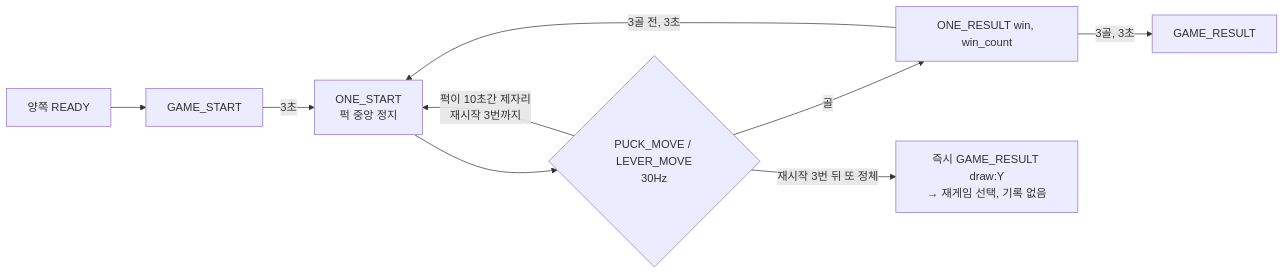
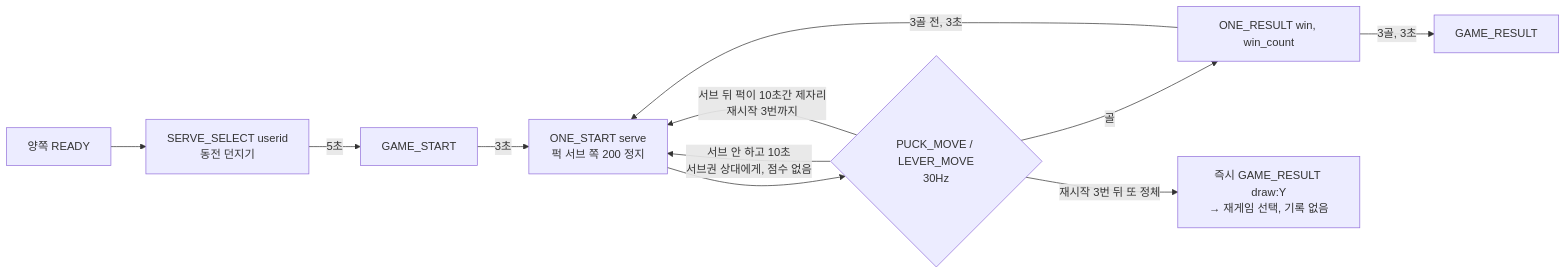
The sixth of 11 diagrams in CLAUDE.md (chadolcap/multi_game_vibe_coding_server_ruflo), drawn with Mermaid before and after one commit. The commit also changed other lines of this file and 7 other files, not shown here.

````diff
--- a/CLAUDE.md
+++ b/CLAUDE.md
@@ -283,11 +303,13 @@
 ```mermaid
 flowchart LR
-    RD[양쪽 READY] --> GS[GAME_START]
-    GS -->|3초| OS[ONE_START<br/>퍽 중앙 정지]
+    RD[양쪽 READY] --> SS[SERVE_SELECT userid<br/>동전 던지기]
+    SS -->|5초| GS[GAME_START]
+    GS -->|3초| OS[ONE_START serve<br/>퍽 서브 쪽 200 정지]
     OS --> P{PUCK_MOVE / LEVER_MOVE<br/>30Hz}
     P -->|골| OR[ONE_RESULT win, win_count]
     OR -->|3골 전, 3초| OS
-    P -->|퍽이 10초간 제자리<br/>재시작 3번까지| OS
+    P -->|서브 안 하고 10초<br/>서브권 상대에게, 점수 없음| OS
+    P -->|서브 뒤 퍽이 10초간 제자리<br/>재시작 3번까지| OS
     P -->|재시작 3번 뒤 또 정체| GI[즉시 GAME_RESULT draw:Y<br/>→ 재게임 선택, 기록 없음]
     OR -->|3골, 3초| GR[GAME_RESULT]
 ```
````
